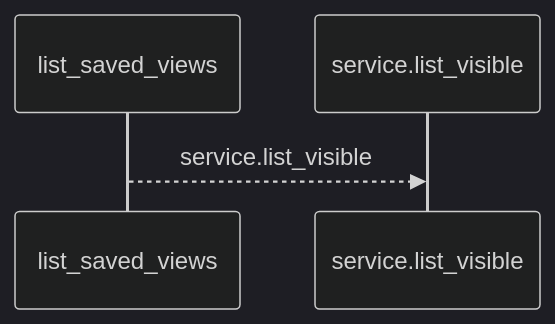
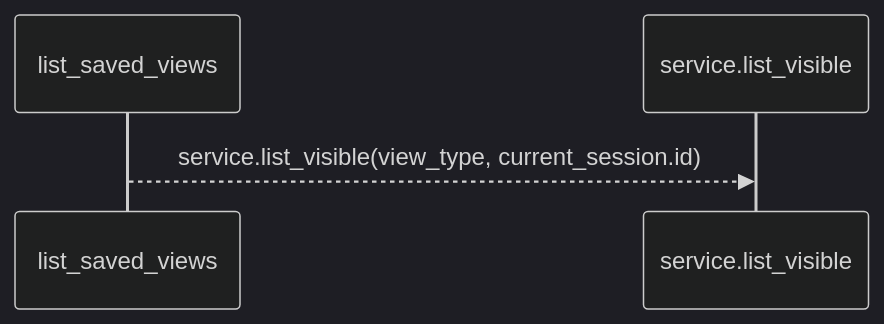
Before and after one commit to Denissvgn/WorkChord: the first of 2 diagrams in docs/llm_wiki/flows/http-list_saved_views.md, drawn with Mermaid (dark theme). The commit also changed other lines of this file and 25171 other files, not shown here.

````diff
--- a/docs/llm_wiki/flows/http-list_saved_views.md
+++ b/docs/llm_wiki/flows/http-list_saved_views.md
@@ -10,6 +12,6 @@
 ```mermaid
 sequenceDiagram
     participant p0 as list_saved_views
     participant p1 as service.list_visible
-    p0-->>p1: service.list_visible
+    p0-->>p1: service.list_visible(view_type, current_session.id)
 ```
````
